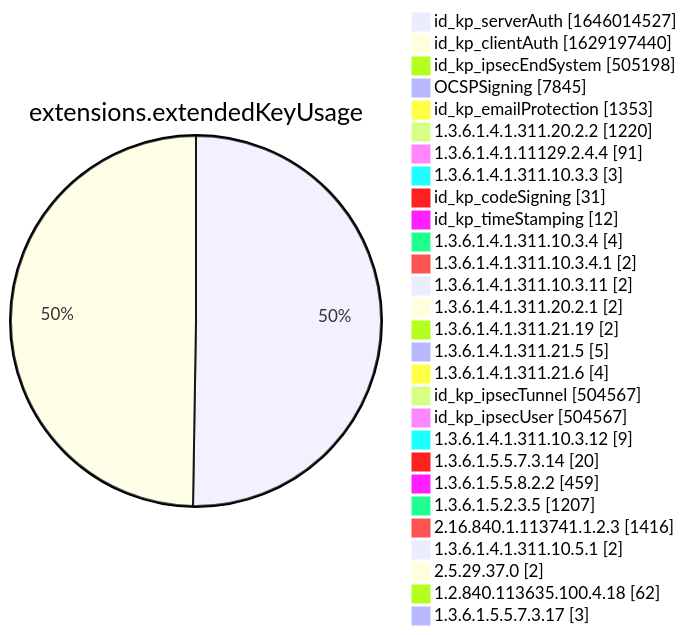
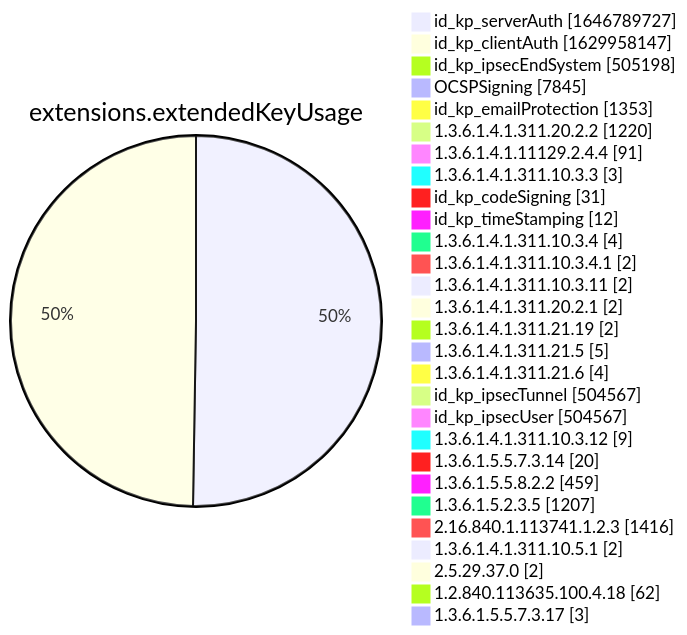
Before and after one commit to christiankrug/ctmonitor_visualization: diagram 12 of 15 in xenon2022/README.md, drawn with Mermaid. The commit also changed other lines of this file, not shown here.

````diff
--- a/xenon2022/README.md
+++ b/xenon2022/README.md
@@ -3886,32 +3886,32 @@
 ```mermaid
 pie showData
 title extensions.extendedKeyUsage
-"id_kp_serverAuth" :1646014527
-"id_kp_clientAuth" :1629197440
+"id_kp_serverAuth" :1646789727
+"id_kp_clientAuth" :1629958147
 "id_kp_ipsecEndSystem" :505198
 "OCSPSigning" :7845
 "id_kp_emailProtection" :1353
 "1.3.6.1.4.1.311.20.2.2" :1220
 "1.3.6.1.4.1.11129.2.4.4" :91
 "1.3.6.1.4.1.311.10.3.3" :3
 "id_kp_codeSigning" :31
 "id_kp_timeStamping" :12
 "1.3.6.1.4.1.311.10.3.4" :4
 "1.3.6.1.4.1.311.10.3.4.1" :2
 "1.3.6.1.4.1.311.10.3.11" :2
 "1.3.6.1.4.1.311.20.2.1" :2
 "1.3.6.1.4.1.311.21.19" :2
 "1.3.6.1.4.1.311.21.5" :5
 "1.3.6.1.4.1.311.21.6" :4
 "id_kp_ipsecTunnel" :504567
 "id_kp_ipsecUser" :504567
 "1.3.6.1.4.1.311.10.3.12" :9
 "1.3.6.1.5.5.7.3.14" :20
 "1.3.6.1.5.5.8.2.2" :459
 "1.3.6.1.5.2.3.5" :1207
 "2.16.840.1.113741.1.2.3" :1416
 "1.3.6.1.4.1.311.10.5.1" :2
 "2.5.29.37.0" :2
 "1.2.840.113635.100.4.18" :62
 "1.3.6.1.5.5.7.3.17" :3
 ```
````
